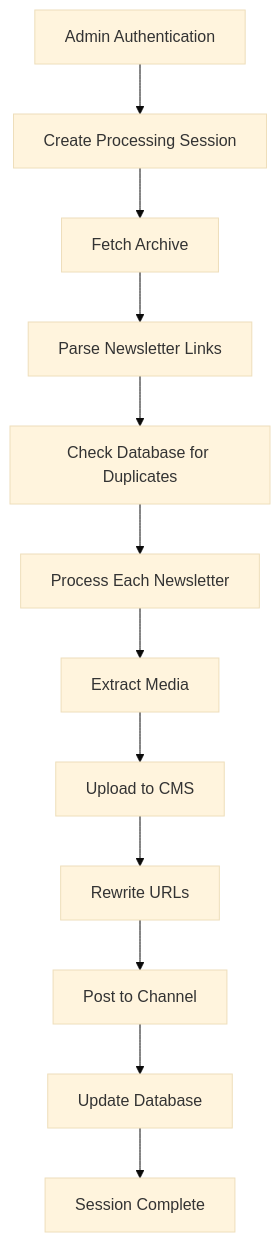
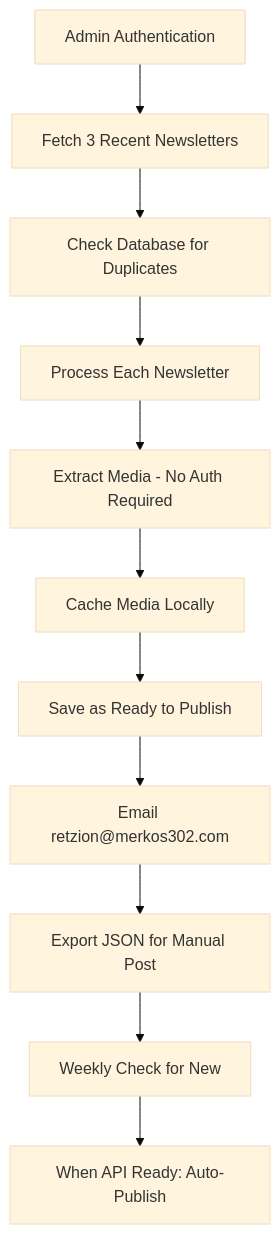
Before and after one commit to merkos-302/living-with-the-rebbe: the diagram in DEVELOPMENT_GUIDE.md, drawn with Mermaid (base theme). The commit also changed other lines of this file and 7 other files, not shown here.

````diff
--- a/DEVELOPMENT_GUIDE.md
+++ b/DEVELOPMENT_GUIDE.md
@@ -98,14 +100,13 @@
 ```mermaid
 graph TD
-    A[Admin Authentication] --> B[Create Processing Session]
-    B --> C[Fetch Archive]
-    C --> D[Parse Newsletter Links]
-    D --> E[Check Database for Duplicates]
-    E --> F[Process Each Newsletter]
-    F --> G[Extract Media]
-    G --> H[Upload to CMS]
-    H --> I[Rewrite URLs]
-    I --> J[Post to Channel]
-    J --> K[Update Database]
-    K --> L[Session Complete]
+    A[Admin Authentication] --> B[Fetch 3 Recent Newsletters]
+    B --> C[Check Database for Duplicates]
+    C --> D[Process Each Newsletter]
+    D --> E[Extract Media - No Auth Required]
+    E --> F[Cache Media Locally]
+    F --> G[Save as Ready to Publish]
+    G --> H[Email retzion@merkos302.com]
+    H --> I[Export JSON for Manual Post]
+    I --> J[Weekly Check for New]
+    J --> K[When API Ready: Auto-Publish]
 ```
````
